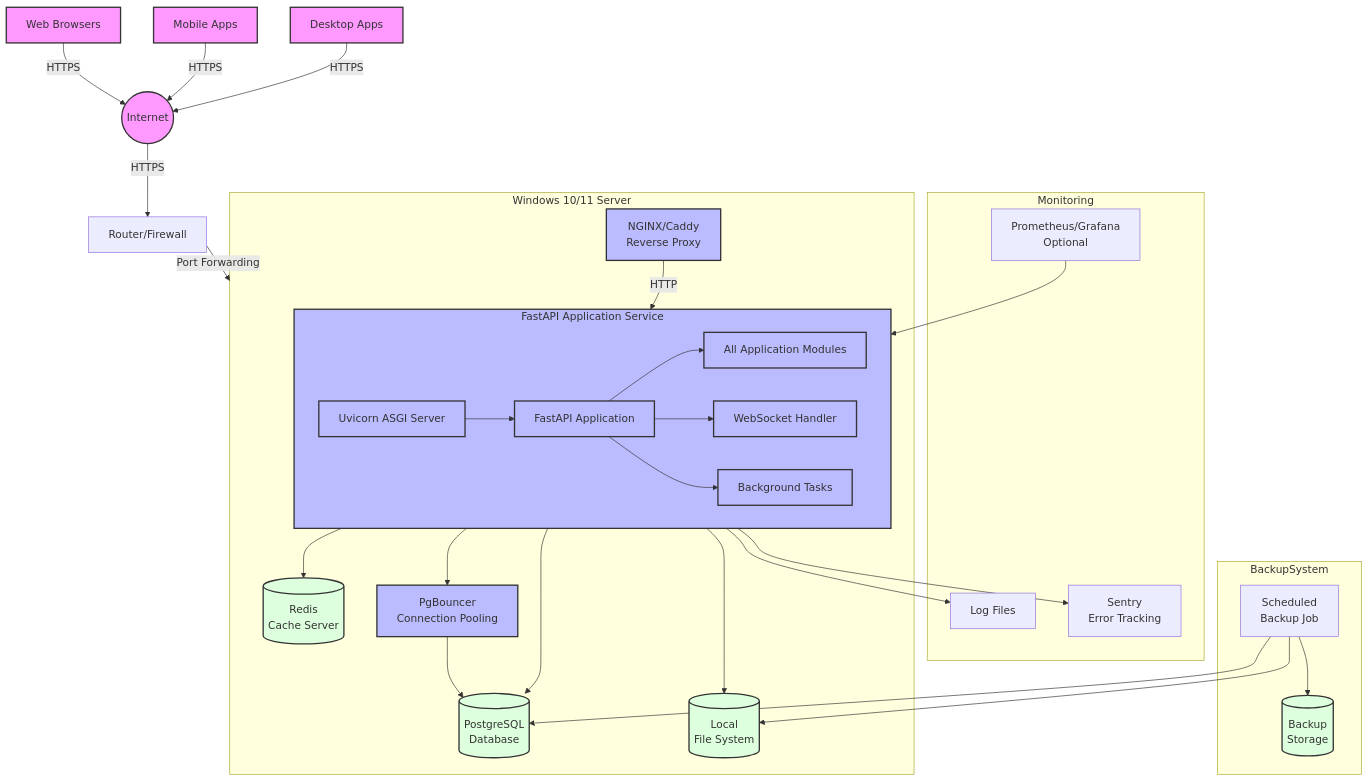
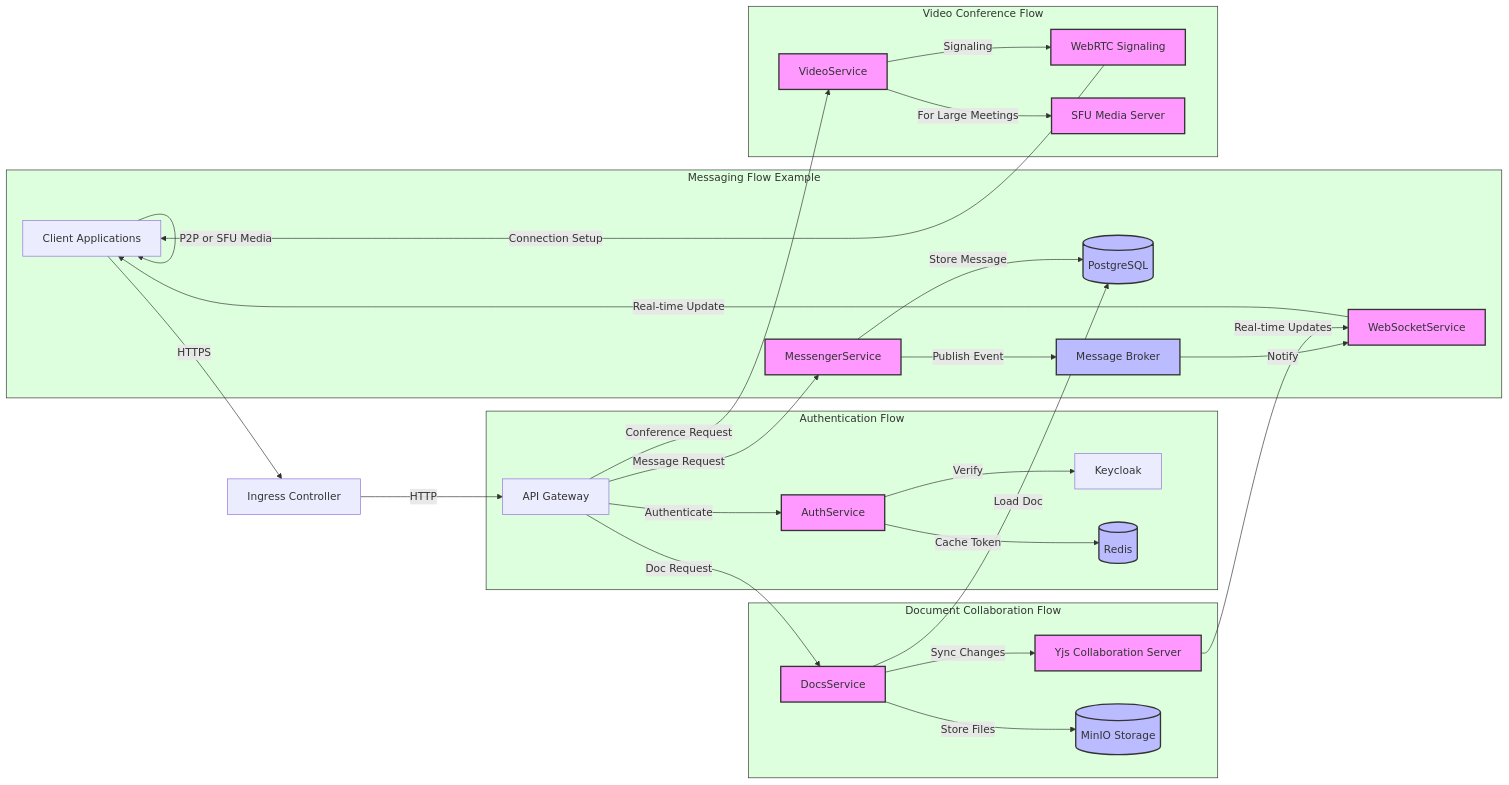
The third of 3 diagrams in diagram.md (AzazelXXI/unitydesk), drawn with Mermaid before and after one commit. The commit also changed other lines of this file and 1 other file, not shown here.

````diff
--- a/diagram.md
+++ b/diagram.md
@@ -204,49 +260,44 @@
 ```mermaid
-flowchart TD
-    Internet((Internet)) -->|HTTPS| Router[Router/Firewall]
-    Router -->|Port Forwarding| WinServer[Windows 10/11 Server]
+flowchart LR
+    Client[Client Applications] -->|HTTPS| Ingress[Ingress Controller]
+    Ingress -->|HTTP| ApiGW[API Gateway]
     
-    subgraph WinServer[Windows 10/11 Server]
-        RProxy[NGINX/Caddy\nReverse Proxy] -->|HTTP| WinService[Windows Service\nNSSM]
-        
-        subgraph WinService[FastAPI Application Service]
-            ASGI[Uvicorn ASGI Server] --> FastAPI[FastAPI Application]
-            FastAPI --> Modules[All Application Modules]
-            FastAPI --> WebSock[WebSocket Handler]
-            FastAPI --> BGTasks[Background Tasks]
-        end
-        
-        WinService --> PostgreSQL[(PostgreSQL\nDatabase)]
-        WinService --> RedisCache[(Redis\nCache Server)]
-        WinService --> FileSystem[(Local\nFile System)]
-        
-        PgBouncer[PgBouncer\nConnection Pooling] --> PostgreSQL
-        WinService --> PgBouncer
+    subgraph AuthFlow["Authentication Flow"]
+        ApiGW -->|Authenticate| AuthService
+        AuthService -->|Verify| KeycloakService[Keycloak]
+        AuthService -->|Cache Token| RedisCache[(Redis)]
     end
     
-    subgraph Monitoring
-        WinService --> Logs[Log Files]
-        WinService --> Sentry[Sentry\nError Tracking]
-        Metrics[Prometheus/Grafana\nOptional] --> WinService
+    subgraph MessagingFlow["Messaging Flow Example"]
+        ApiGW -->|Message Request| MessengerService
+        MessengerService -->|Store Message| PostgreSQL[(PostgreSQL)]
+        MessengerService -->|Publish Event| MessageBroker[Message Broker]
+        MessageBroker -->|Notify| WebSocketService
+        WebSocketService -->|Real-time Update| Client
     end
     
-    subgraph BackupSystem
-        BackupJob[Scheduled\nBackup Job] --> PostgreSQL
-        BackupJob --> FileSystem
-        BackupJob --> BackupStorage[(Backup\nStorage)]
+    subgraph DocumentFlow["Document Collaboration Flow"]
+        ApiGW -->|Doc Request| DocsService
+        DocsService -->|Load Doc| PostgreSQL
+        DocsService -->|Sync Changes| CollabServer[Yjs Collaboration Server]
+        CollabServer -->|Real-time Updates| WebSocketService
+        DocsService -->|Store Files| MinIO[(MinIO Storage)]
     end
     
-    %% Client Access
-    WebClient[Web Browsers] -->|HTTPS| Internet
-    MobileApp[Mobile Apps] -->|HTTPS| Internet
-    DesktopApp[Desktop Apps] -->|HTTPS| Internet
+    subgraph VideoFlow["Video Conference Flow"]
+        ApiGW -->|Conference Request| VideoService
+        VideoService -->|Signaling| SignalingServer[WebRTC Signaling]
+        SignalingServer -->|Connection Setup| Client
+        Client -->|P2P or SFU Media| Client
+        VideoService -->|For Large Meetings| MediaServer[SFU Media Server]
+    end
     
     %% Legend
-    classDef external fill:#f9f,stroke:#333,stroke-width:2px;
-    classDef internal fill:#bbf,stroke:#333,stroke-width:2px;
-    classDef storage fill:#dfd,stroke:#333,stroke-width:2px;
+    classDef service fill:#f9f,stroke:#333,stroke-width:2px;
+    classDef database fill:#bbf,stroke:#333,stroke-width:2px;
+    classDef flow fill:#dfd,stroke:#333,stroke-width:1px;
     
-    class Internet,WebClient,MobileApp,DesktopApp external;
-    class WinService,RProxy,ASGI,FastAPI,Modules,WebSock,BGTasks,PgBouncer internal;
-    class PostgreSQL,RedisCache,FileSystem,BackupStorage storage;
+    class AuthService,MessengerService,DocsService,VideoService,WebSocketService,CollabServer,SignalingServer,MediaServer service;
+    class PostgreSQL,RedisCache,MinIO,MessageBroker database;
+    class AuthFlow,MessagingFlow,DocumentFlow,VideoFlow flow;
 ```
````
